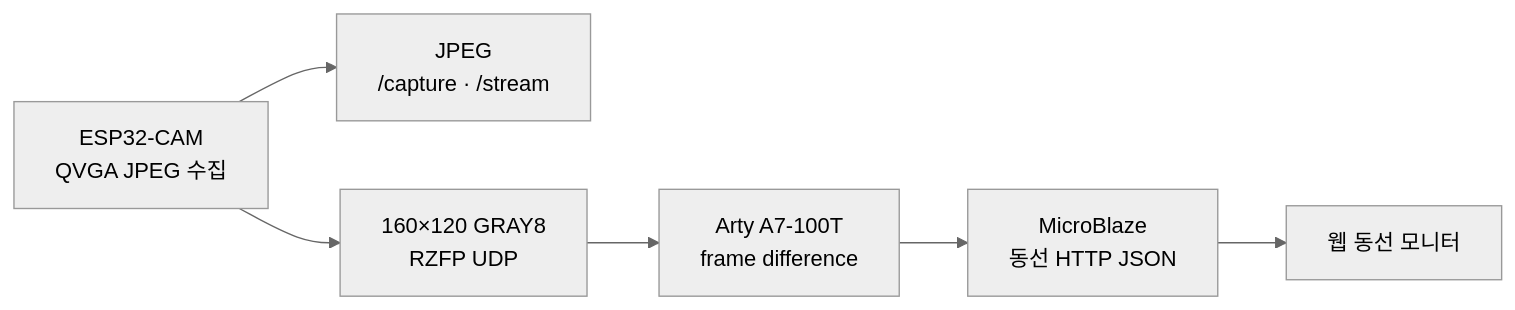
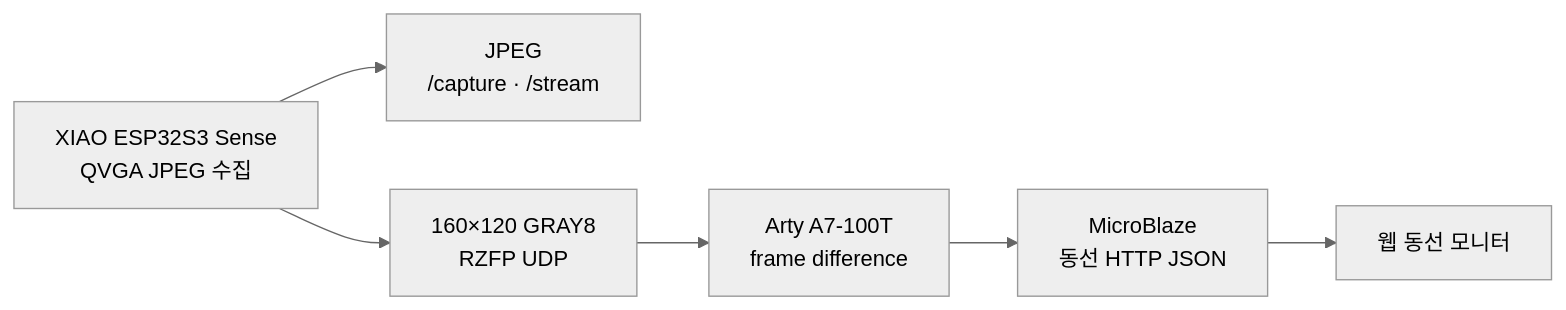
Before and after one commit to Uree1229/Risk-ZERO: the diagram in docs/RISK-ZERO_ESP32-CAM_현관_동선_추적_설계_v0.1.md, drawn with Mermaid (neutral theme). The commit also changed other lines of this file and 24 other files, not shown here.

Commit message:
Add XIAO bring-up and DDR FPGA flow

````diff
--- a/docs/RISK-ZERO_ESP32-CAM_현관_동선_추적_설계_v0.1.md
+++ b/docs/RISK-ZERO_ESP32-CAM_현관_동선_추적_설계_v0.1.md
@@ -17,12 +17,12 @@
 ```mermaid
 flowchart LR
-    Camera["ESP32-CAM<br/>QVGA JPEG 수집"]
+    Camera["XIAO ESP32S3 Sense<br/>QVGA JPEG 수집"]
     WebStream["JPEG<br/>/capture · /stream"]
     Gray["160×120 GRAY8<br/>RZFP UDP"]
     FPGA["Arty A7-100T<br/>frame difference"]
     Status["MicroBlaze<br/>동선 HTTP JSON"]
     Monitor["웹 동선 모니터"]
 
     Camera --> WebStream
     Camera --> Gray --> FPGA --> Status --> Monitor
 ```
````
